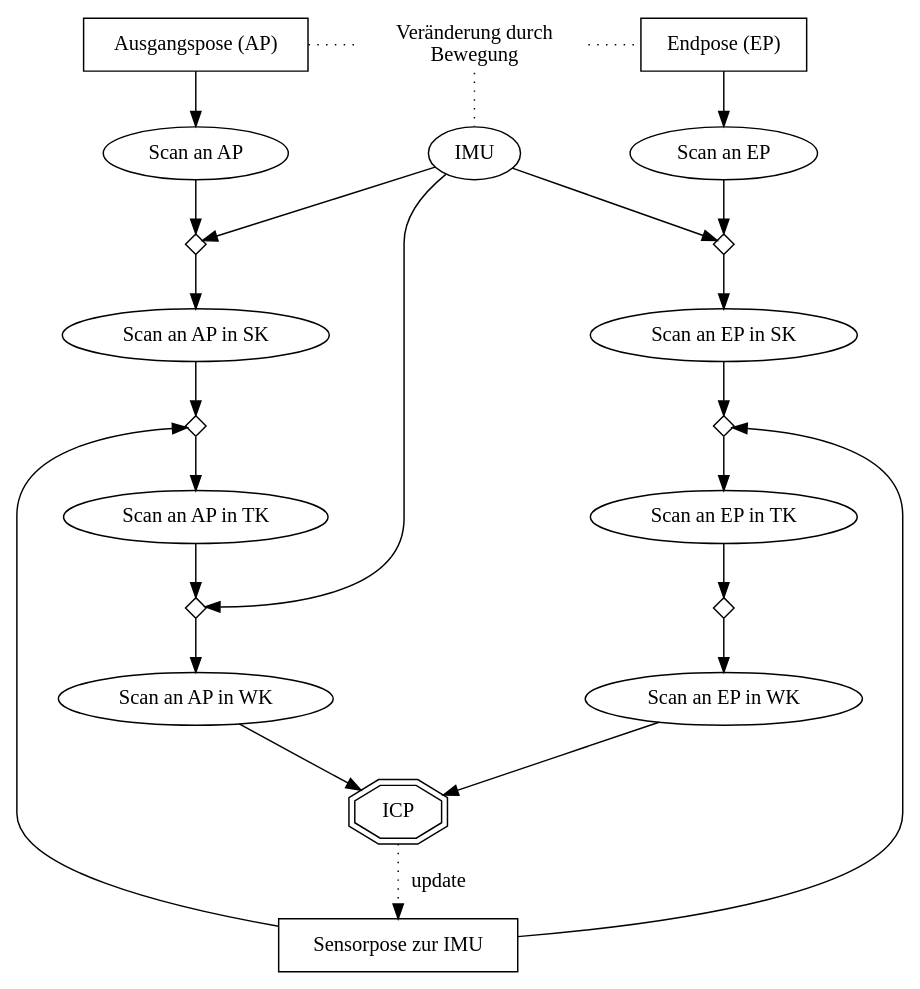
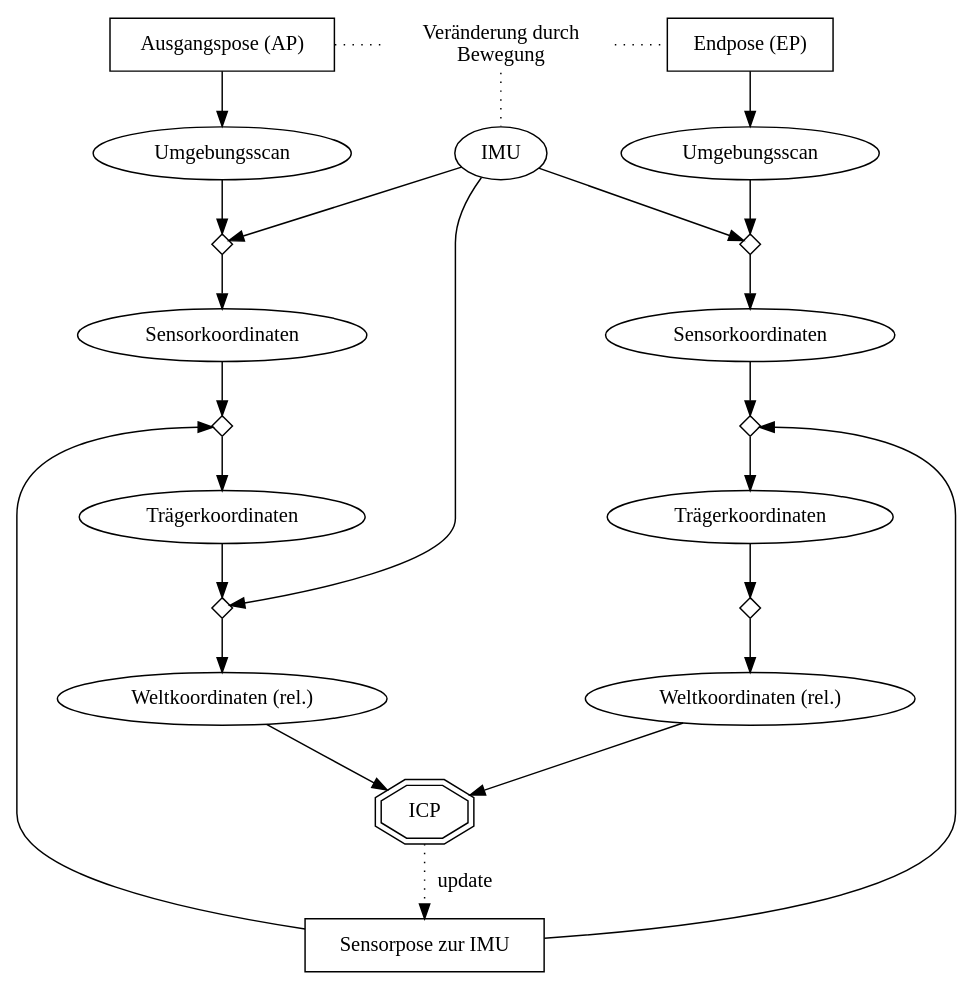
Before and after one commit to gismo141/mastersthesis: the diagram in Diagrams/kalibrierungImWC.dot, drawn with Graphviz. The commit also changed 1 other file, not shown here.

```diff
--- a/Diagrams/kalibrierungImWC.dot
+++ b/Diagrams/kalibrierungImWC.dot
@@ -1,70 +1,66 @@
 digraph WC {
 	{	node [group=g1]
-		Scan_AP [label="Scan an AP"];
-		Scan_AP_SK [label="Scan an AP in SK"];
-		Scan_AP_TK [label="Scan an AP in TK"];
-		Scan_AP_WK [label="Scan an AP in WK"];
+		Scan_AP [label="Umgebungsscan"];
+		Scan_AP_SK [label="Sensorkoordinaten"];
+		Scan_AP_TK [label="Trägerkoordinaten"];
+		Scan_AP_WK [label="Weltkoordinaten (rel.)"];
 		node [shape=rectangle]
 		Ausgangspose [label="Ausgangspose (AP)", group=g1];
 		node [shape=diamond, width=0.2, height=0.2, label=""]
 		Scan_zu_SK1;
 		SK_zu_TK1;
 		TK_zu_WK1;
 	}
 
 	{	node [group=g2]
 		Bewegung [shape=none, label="Veränderung durch\nBewegung"];
 		IMU [label="IMU"];
 		ICP [shape=doubleoctagon, label="ICP"];
 		MontagePose [shape=rectangle, label="Sensorpose zur IMU", group=g2];
 	}
 
 	{	node [group=g3]
-		Scan_EP [label="Scan an EP"];
-		Scan_EP_SK [label="Scan an EP in SK"];
-		Scan_EP_TK [label="Scan an EP in TK"];
-		Scan_EP_WK [label="Scan an EP in WK"];
+		Scan_EP [label="Umgebungsscan"];
+		Scan_EP_SK [label="Sensorkoordinaten"];
+		Scan_EP_TK [label="Trägerkoordinaten"];
+		Scan_EP_WK [label="Weltkoordinaten (rel.)"];
 		node [shape=rectangle]
 		Endpose [label="Endpose (EP)", group=g3];
 		node [shape=diamond, width=0.2, height=0.2, label=""]
 		Scan_zu_SK2;
 		SK_zu_TK2;
 		TK_zu_WK2;
 	}
 
 	{	rank=same;
 			Ausgangspose; Endpose; Bewegung;
 	}
 
 	{	rank=same;
 			Scan_zu_SK1; Scan_zu_SK2;
 	}
 
 	{	rank=same;
 			SK_zu_TK1; SK_zu_TK2;
-	}
-
-	{	rank=same;
-			TK_zu_WK1; TK_zu_WK2;
 	}
 
 	{	edge [style=dotted, arrowhead=none]
 		Ausgangspose -> Bewegung;
 		Bewegung -> Endpose;
 		Bewegung -> IMU;
 	}
 	Ausgangspose -> Scan_AP;
 	Endpose -> Scan_EP;
 
 	IMU -> Scan_zu_SK1;
 	IMU -> Scan_zu_SK2;
 	IMU -> TK_zu_WK1;
 
 	MontagePose -> SK_zu_TK1;
 	MontagePose -> SK_zu_TK2;
 
 	Scan_AP -> Scan_zu_SK1 -> Scan_AP_SK -> SK_zu_TK1 -> Scan_AP_TK -> TK_zu_WK1 -> Scan_AP_WK -> ICP;
 	Scan_EP -> Scan_zu_SK2 -> Scan_EP_SK -> SK_zu_TK2 -> Scan_EP_TK -> TK_zu_WK2 -> Scan_EP_WK -> ICP;
 
 	ICP -> MontagePose [style=dotted, label=" update"];
 }
```
